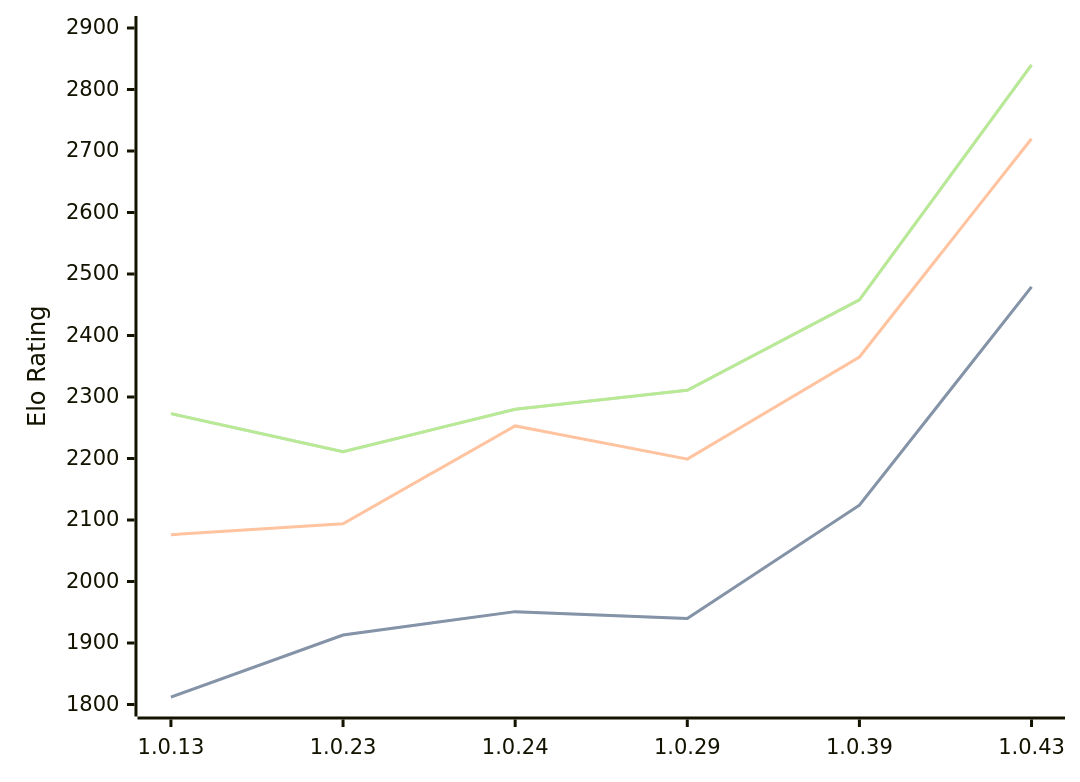
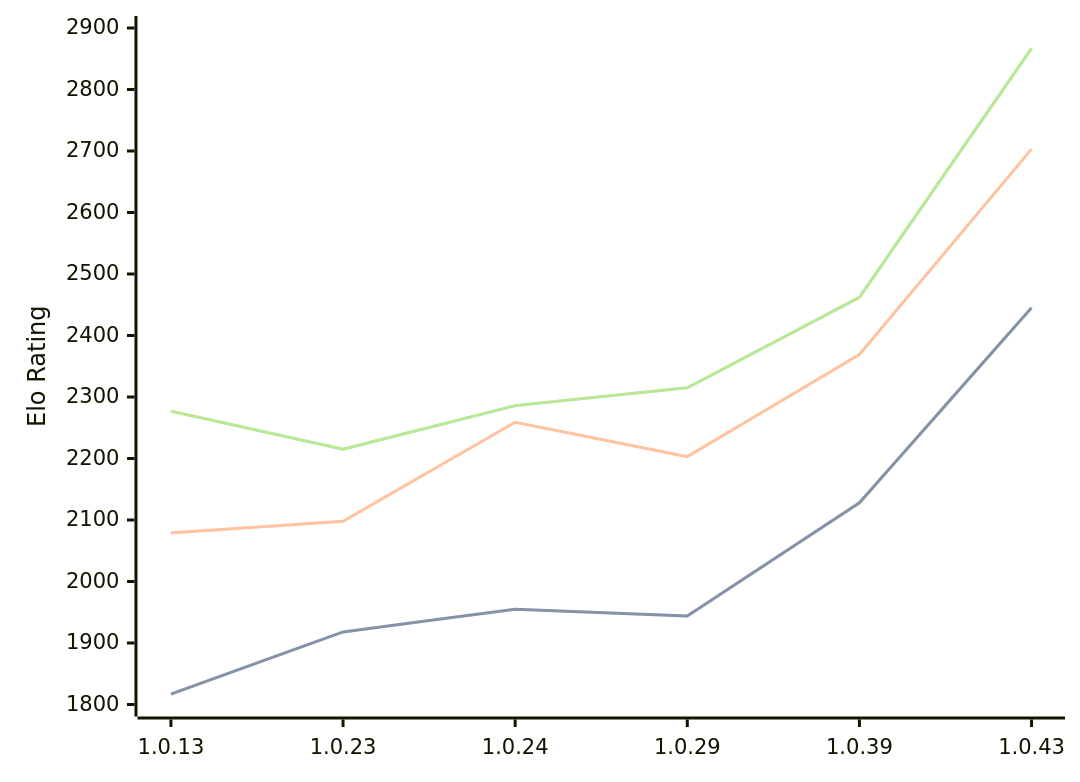
One commit to computer-chess-index/cci changed the diagram in engines/RustyRival.md. Above: the diagram before and after it, drawn with Mermaid. The commit also changed other lines of this file, not shown here.

Commit message:
Update CCI Ratings (ELO VLTC) - 2026-05-02

````diff
--- a/engines/RustyRival.md
+++ b/engines/RustyRival.md
@@ -68,11 +68,11 @@
 ```mermaid
 %%{init: {"theme":"base","themeVariables":{"seriesColors:['#a3a3a3','#222221','#faa371']}}}%%
 xychart-beta
   x-axis ["1.0.13", "1.0.23", "1.0.24", "1.0.29", "1.0.39", "1.0.43"]
   y-axis "Elo Rating" 1800 --> 2900
-  line "STC (8.0+0.08s)" [1812, 1913, 1951, 1940, 2124, 2479]
-  line "STC (8.0+0.08s)" [1812, 1913, 1951, 1940, 2124, 2479]
-  line "LTC (60.0+0.60s)" [2076, 2094, 2253, 2199, 2365, 2720]
-  line "VLTC (2m24s+1.12s)" [2273, 2211, 2280, 2311, 2458, 2840]
-  line "VLTC (2m24s+1.12s)" [2273, 2211, 2280, 2311, 2458, 2840]
+  line "STC (8.0+0.08s)" [1817, 1918, 1955, 1944, 2128, 2445]
+  line "STC (8.0+0.08s)" [1817, 1918, 1955, 1944, 2128, 2445]
+  line "LTC (60.0+0.60s)" [2079, 2098, 2259, 2203, 2369, 2703]
+  line "VLTC (2m24s+1.12s)" [2277, 2215, 2286, 2315, 2462, 2867]
+  line "VLTC (2m24s+1.12s)" [2277, 2215, 2286, 2315, 2462, 2867]
 ```
````
